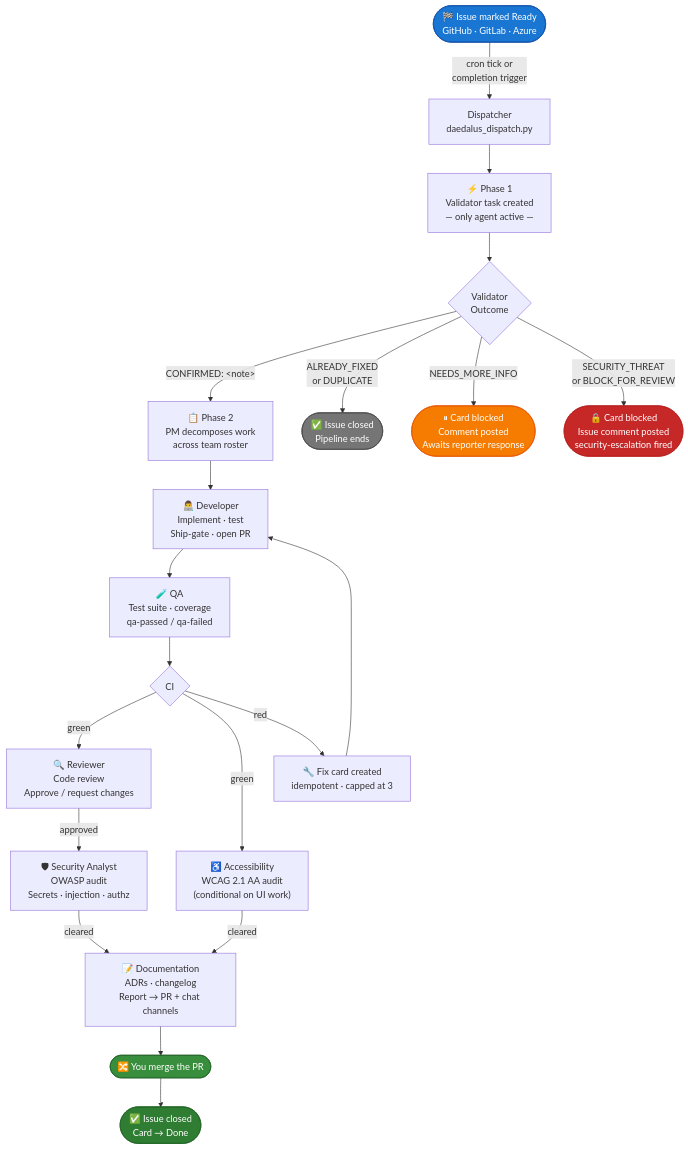
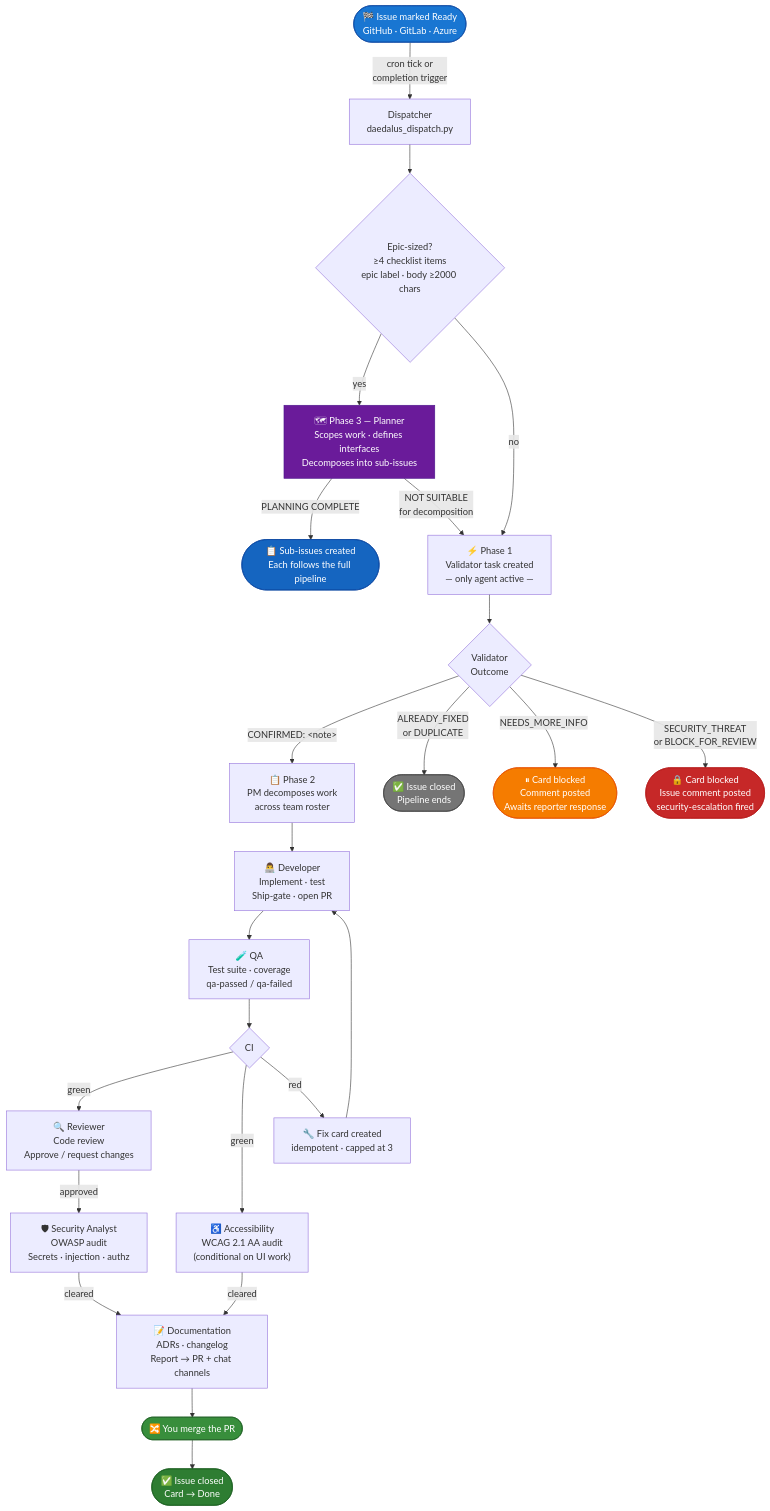
One commit to benmarte/daedalus changed the diagram in README.md. Above: the diagram before and after it, drawn with Mermaid.

Commit message:
docs: add Phase 3 planner/epic path to pipeline mermaid diagram
The top-level flowchart showed Dispatcher → Validator for all issues,
but epic-sized issues (≥4 checklist items, epic label, or body ≥2000
chars) are routed to the Planner first. Add the Phase 3 branch with
both outcomes (PLANNING COMPLETE → sub-issues, NOT SUITABLE → validator)
so the diagram matches actual pipeline behavior.

Claude-Session: https://claude.ai/code/session_012WvoGxjceDHd6PDBx7mh1H

````diff
--- a/README.md
+++ b/README.md
@@ -10,32 +10,41 @@
 ```mermaid
 flowchart TD
     A([🏁 Issue marked Ready\nGitHub · GitLab · Azure]) -->|cron tick or\ncompletion trigger| B[Dispatcher\ndaedalus_dispatch.py]
 
-    B --> C["⚡ Phase 1\nValidator task created\n— only agent active —"]
+    B --> Epic{"Epic-sized?\n≥4 checklist items\nepic label · body ≥2000 chars"}
+    Epic -->|yes| P["🗺 Phase 3 — Planner\nScopes work · defines interfaces\nDecomposes into sub-issues"]
+    Epic -->|no| C
+
+    P -->|"PLANNING COMPLETE"| SubI(["📋 Sub-issues created\nEach follows the full pipeline"])
+    P -->|"NOT SUITABLE\nfor decomposition"| C
+
+    C["⚡ Phase 1\nValidator task created\n— only agent active —"]
     C --> V{Validator\nOutcome}
 
     V -->|"CONFIRMED: &lt;note&gt;"| E["📋 Phase 2\nPM decomposes work\nacross team roster"]
     V -->|"ALREADY_FIXED\nor DUPLICATE"| AF(["✅ Issue closed\nPipeline ends"])
     V -->|NEEDS_MORE_INFO| NI(["⏸ Card blocked\nComment posted\nAwaits reporter response"])
     V -->|"SECURITY_THREAT\nor BLOCK_FOR_REVIEW"| ST(["🔒 Card blocked\nIssue comment posted\nsecurity-escalation fired"])
 
     E --> Dev["👨‍💻 Developer\nImplement · test\nShip-gate · open PR"]
     Dev --> QA["🧪 QA\nTest suite · coverage\nqa-passed / qa-failed"]
     QA --> CI{CI}
     CI -->|green| Rev["🔍 Reviewer\nCode review\nApprove / request changes"]
     CI -->|green| A11y["♿ Accessibility\nWCAG 2.1 AA audit\n(conditional on UI work)"]
     CI -->|red| Fix["🔧 Fix card created\nidempotent · capped at 3"]
     Fix --> Dev
     Rev -->|approved| Sec["🛡 Security Analyst\nOWASP audit\nSecrets · injection · authz"]
     Sec -->|cleared| Doc["📝 Documentation\nADRs · changelog\nReport → PR + chat channels"]
     A11y -->|cleared| Doc
     Doc --> Merge(["🔀 You merge the PR"])
     Merge --> Done(["✅ Issue closed\nCard → Done"])
 
     style A fill:#1976D2,color:#fff,stroke:#0D47A1
+    style P fill:#6A1B9A,color:#fff,stroke:#4A148C
+    style SubI fill:#1565C0,color:#fff,stroke:#0D47A1
     style AF fill:#757575,color:#fff,stroke:#424242
     style NI fill:#F57C00,color:#fff,stroke:#E65100
     style ST fill:#C62828,color:#fff,stroke:#B71C1C
     style Merge fill:#388E3C,color:#fff,stroke:#1B5E20
     style Done fill:#2E7D32,color:#fff,stroke:#1B5E20
 ```
````
